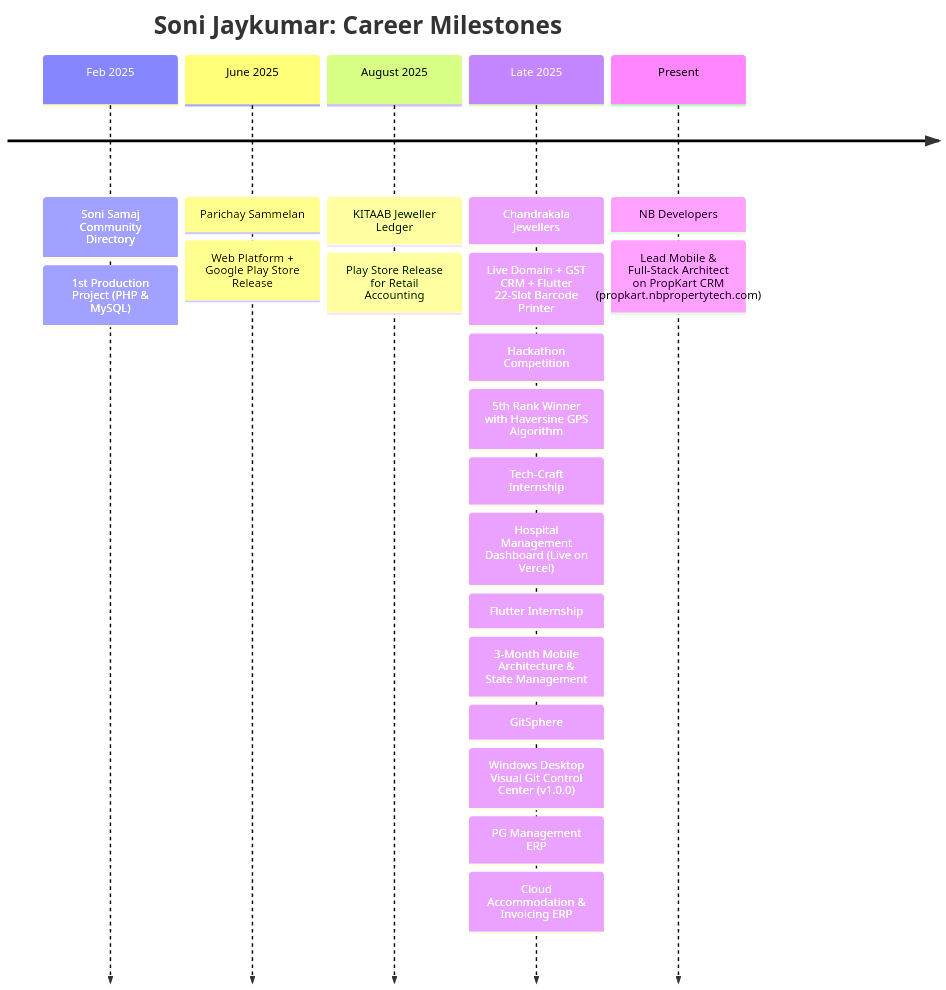
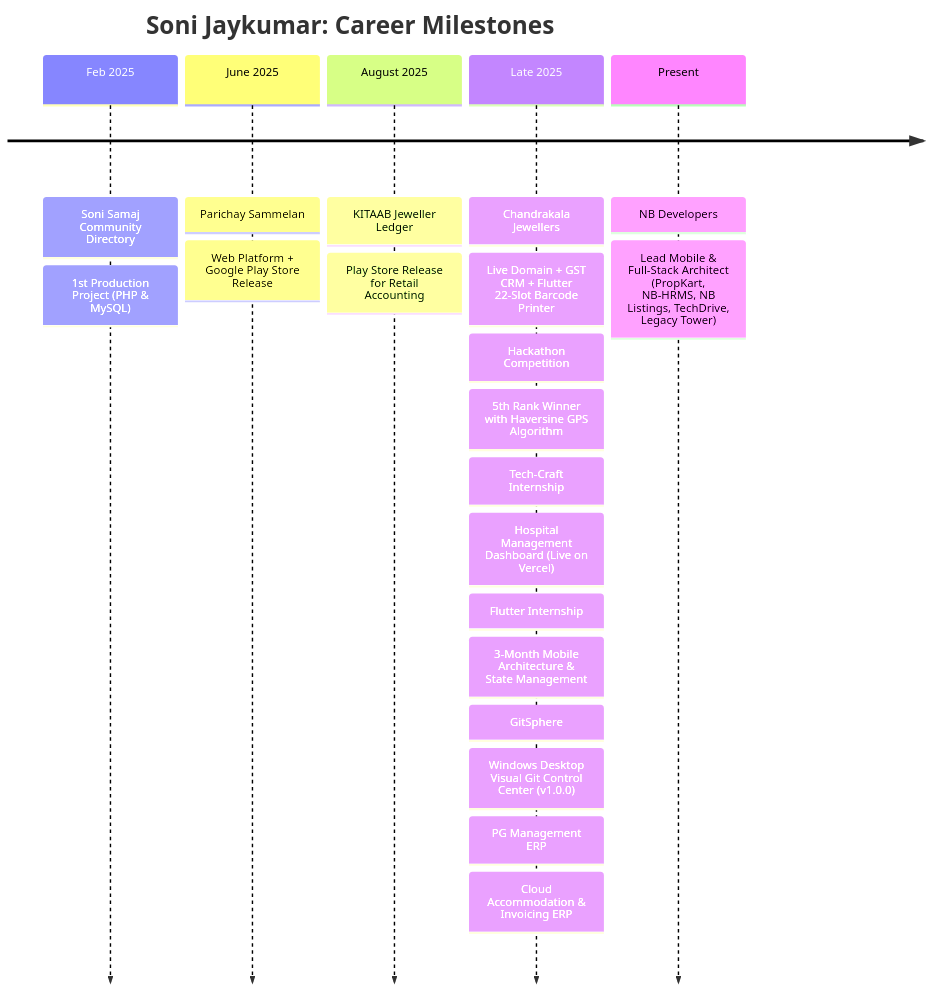
One commit to JAYU0812/portfolio changed the diagram in README.md. Above: the diagram before and after it, drawn with Mermaid. The commit also changed other lines of this file and 6 other files, not shown here.

````diff
--- a/README.md
+++ b/README.md
@@ -112,14 +144,14 @@
 ```mermaid
 timeline
     title Soni Jaykumar: Career Milestones
     Feb 2025 : Soni Samaj Community Directory : 1st Production Project (PHP & MySQL)
     June 2025 : Parichay Sammelan : Web Platform + Google Play Store Release
     August 2025 : KITAAB Jeweller Ledger : Play Store Release for Retail Accounting
     Late 2025 : Chandrakala Jewellers : Live Domain + GST CRM + Flutter 22-Slot Barcode Printer
               : Hackathon Competition : 5th Rank Winner with Haversine GPS Algorithm
               : Tech-Craft Internship : Hospital Management Dashboard (Live on Vercel)
               : Flutter Internship : 3-Month Mobile Architecture & State Management
               : GitSphere : Windows Desktop Visual Git Control Center (v1.0.0)
               : PG Management ERP : Cloud Accommodation & Invoicing ERP
-    Present : NB Developers : Lead Mobile & Full-Stack Architect on PropKart CRM (propkart.nbpropertytech.com)
+    Present : NB Developers : Lead Mobile & Full-Stack Architect (PropKart, NB-HRMS, NB Listings, TechDrive, Legacy Tower)
 ```
````
